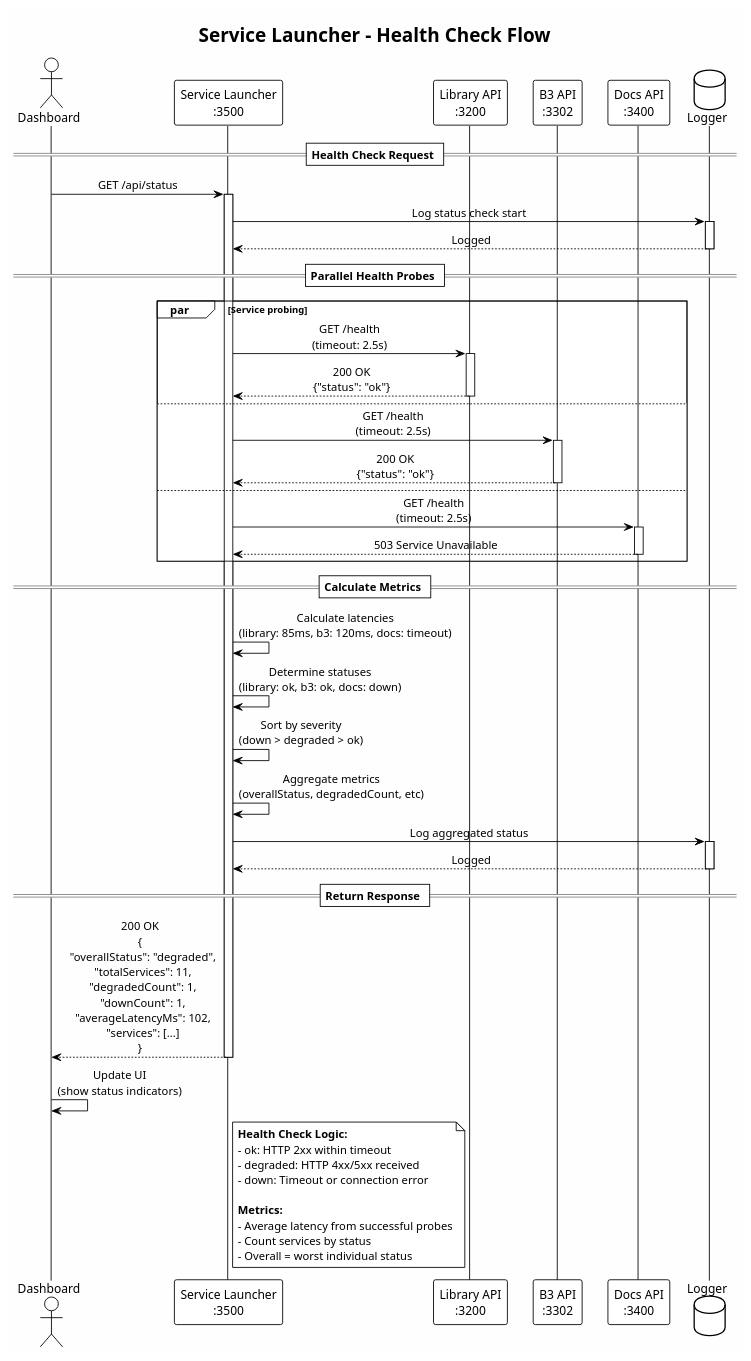
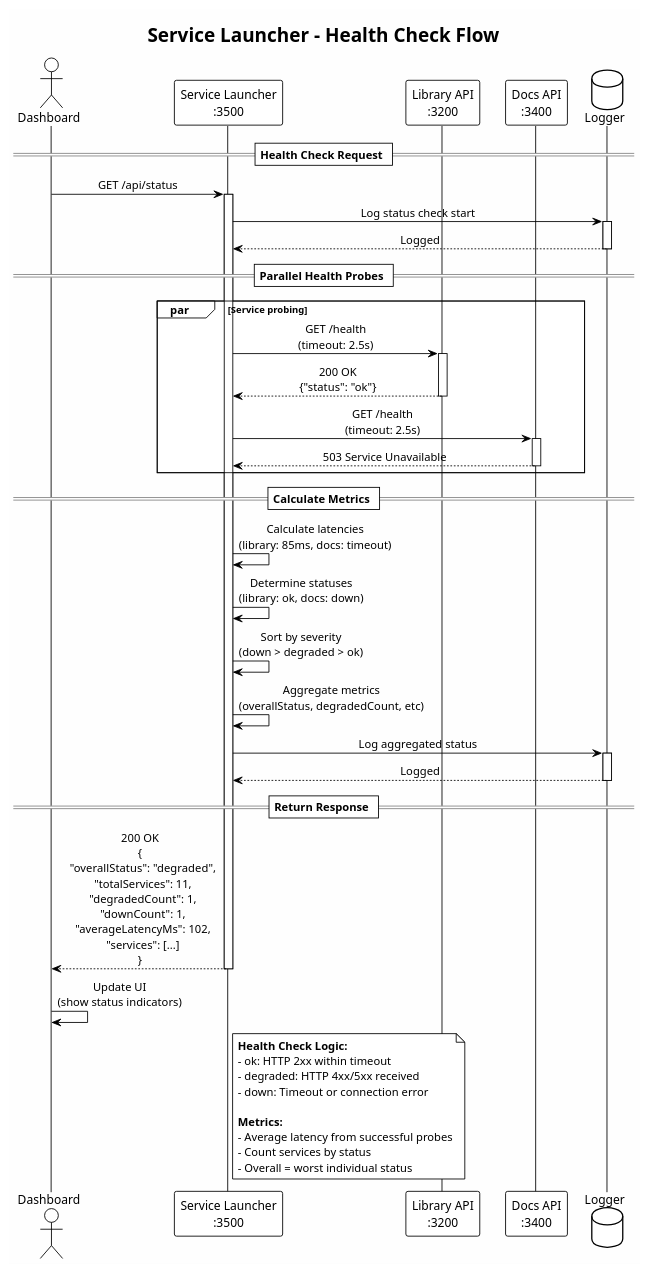
Before and after one commit to marceloterra1983/TradingSystem: the diagram in apps/status/docs/diagrams/health-check-flow.puml, drawn with PlantUML. The commit also changed 870 other files, not shown here.

```diff
--- a/apps/status/docs/diagrams/health-check-flow.puml
+++ b/apps/status/docs/diagrams/health-check-flow.puml
@@ -1,75 +1,68 @@
 @startuml Service Launcher - Health Check Flow
 !theme plain
 skinparam backgroundColor #FEFEFE
 skinparam sequenceMessageAlign center
 
 title Service Launcher - Health Check Flow
 
 actor Dashboard as dash
 participant "Service Launcher\n:3500" as launcher
 participant "Library API\n:3200" as library
-participant "B3 API\n:3302" as b3
 participant "Docs API\n:3400" as docs
 database Logger as log
 
 == Health Check Request ==
 
 dash -> launcher: GET /api/status
 activate launcher
 
 launcher -> log: Log status check start
 activate log
 log --> launcher: Logged
 deactivate log
 
 == Parallel Health Probes ==
 
 par Service probing
     launcher -> library: GET /health\n(timeout: 2.5s)
     activate library
     library --> launcher: 200 OK\n{"status": "ok"}
     deactivate library
-else
-    launcher -> b3: GET /health\n(timeout: 2.5s)
-    activate b3
-    b3 --> launcher: 200 OK\n{"status": "ok"}
-    deactivate b3
-else
     launcher -> docs: GET /health\n(timeout: 2.5s)
     activate docs
     docs --> launcher: 503 Service Unavailable
     deactivate docs
 end
 
 == Calculate Metrics ==
 
-launcher -> launcher: Calculate latencies\n(library: 85ms, b3: 120ms, docs: timeout)
-launcher -> launcher: Determine statuses\n(library: ok, b3: ok, docs: down)
+launcher -> launcher: Calculate latencies\n(library: 85ms, docs: timeout)
+launcher -> launcher: Determine statuses\n(library: ok, docs: down)
 launcher -> launcher: Sort by severity\n(down > degraded > ok)
 launcher -> launcher: Aggregate metrics\n(overallStatus, degradedCount, etc)
 
 launcher -> log: Log aggregated status
 activate log
 log --> launcher: Logged
 deactivate log
 
 == Return Response ==
 
 launcher --> dash: 200 OK\n{\n  "overallStatus": "degraded",\n  "totalServices": 11,\n  "degradedCount": 1,\n  "downCount": 1,\n  "averageLatencyMs": 102,\n  "services": [...]\n}
 deactivate launcher
 
 dash -> dash: Update UI\n(show status indicators)
 
 note right of launcher
 **Health Check Logic:**
 - ok: HTTP 2xx within timeout
 - degraded: HTTP 4xx/5xx received
 - down: Timeout or connection error
 
 **Metrics:**
 - Average latency from successful probes
 - Count services by status
 - Overall = worst individual status
 end note
 
 @enduml
```
